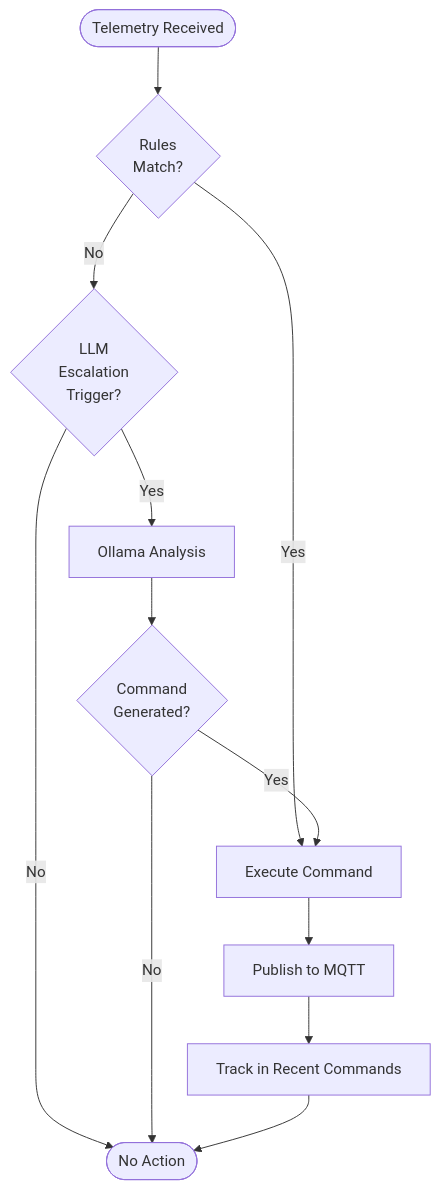
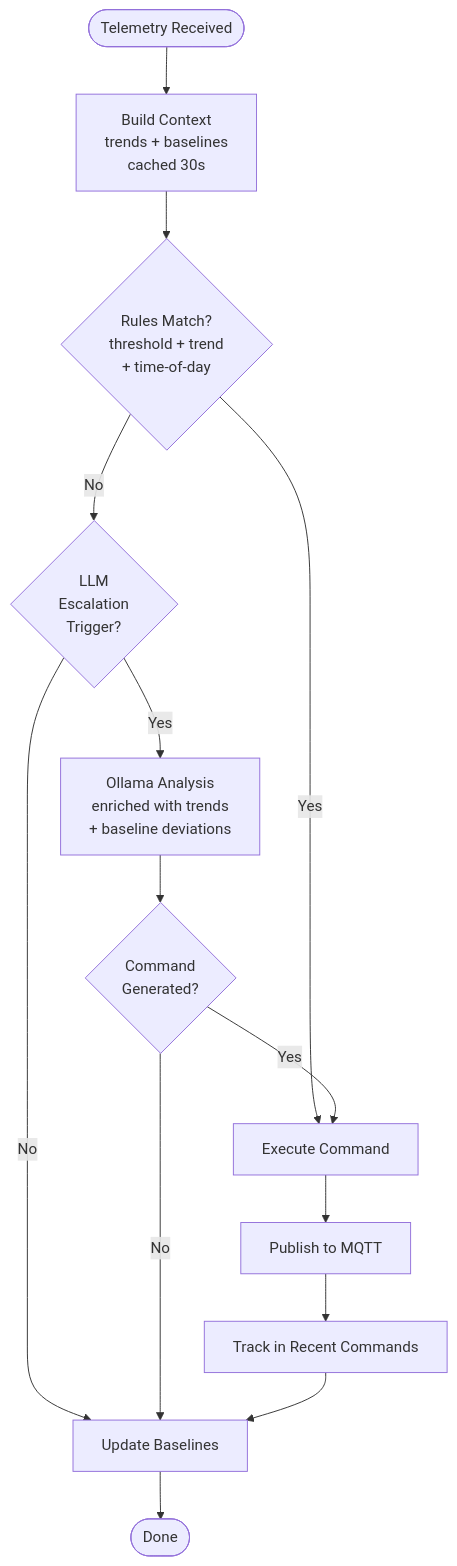
Before and after one commit to curtisblanchette/my-esp32-project: the seventh of 8 diagrams in README.md, drawn with Mermaid. The commit also changed other lines of this file and 1 other file, not shown here.

````diff
--- a/README.md
+++ b/README.md
@@ -554,14 +556,16 @@
 ```mermaid
 flowchart TB
-    Start([Telemetry Received]) --> Rules{Rules<br/>Match?}
+    Start([Telemetry Received]) --> Context[Build Context<br/>trends + baselines<br/>cached 30s]
+    Context --> Rules{Rules Match?<br/>threshold + trend<br/>+ time-of-day}
     Rules -->|Yes| Execute[Execute Command]
     Rules -->|No| Escalate{LLM<br/>Escalation<br/>Trigger?}
-    Escalate -->|No| End([No Action])
-    Escalate -->|Yes| LLM[Ollama Analysis]
+    Escalate -->|No| Baseline[Update Baselines]
+    Escalate -->|Yes| LLM[Ollama Analysis<br/>enriched with trends<br/>+ baseline deviations]
     LLM --> Decision{Command<br/>Generated?}
     Decision -->|Yes| Execute
-    Decision -->|No| End
+    Decision -->|No| Baseline
     Execute --> Publish[Publish to MQTT]
     Publish --> Track[Track in Recent Commands]
-    Track --> End
+    Track --> Baseline
+    Baseline --> End([Done])
 ```
````
